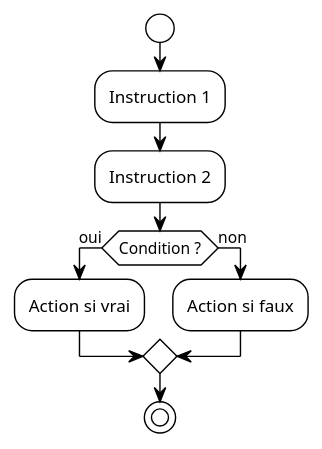
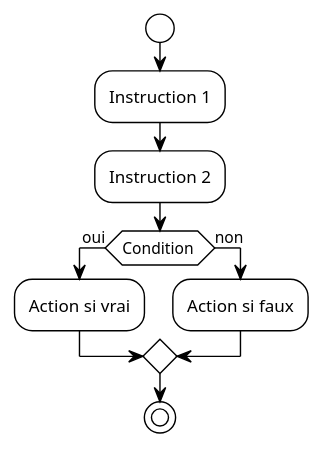
Before and after one commit to heig-vd-progim-course/heig-vd-progim2-course: the diagram in .github/instructions/plantuml.instructions.md, drawn with PlantUML. The commit also changed 111 other files, not shown here.

````diff
--- a/.github/instructions/plantuml.instructions.md
+++ b/.github/instructions/plantuml.instructions.md
@@ -53,17 +53,17 @@
 ```plantuml
 @startuml
 !theme plain
 
 ' Diagram content in French
 start
 :Instruction 1;
 :Instruction 2;
-if (Condition ?) then (oui)
+if (Condition ) then (oui)
   :Action si vrai;
 else (non)
   :Action si faux;
 endif
 stop
 
 @enduml
 ```
````
